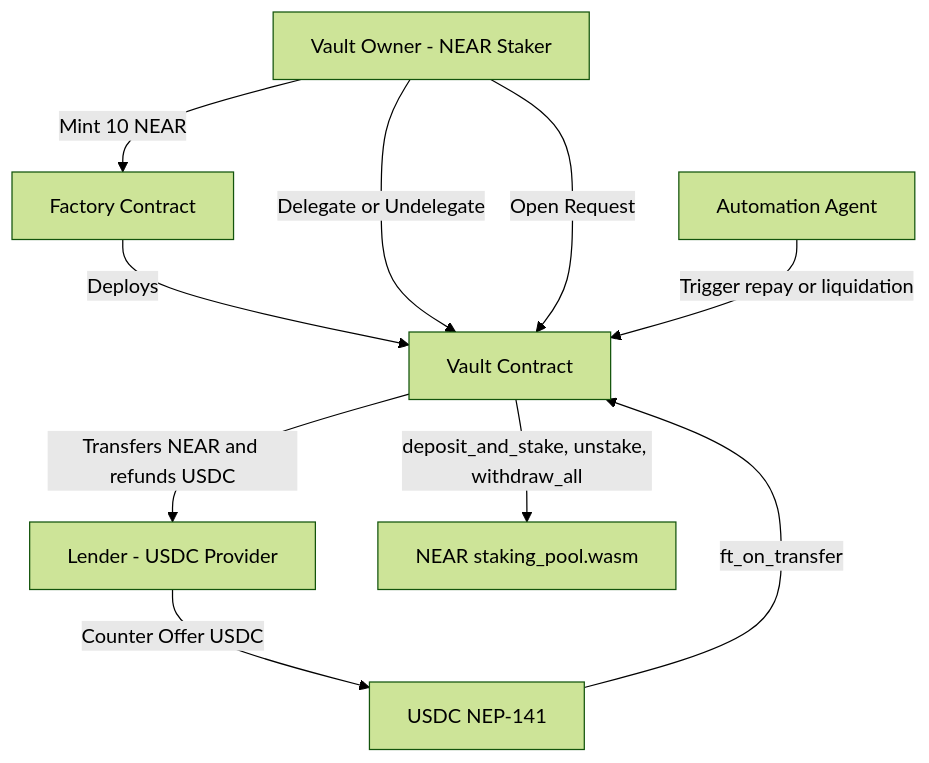
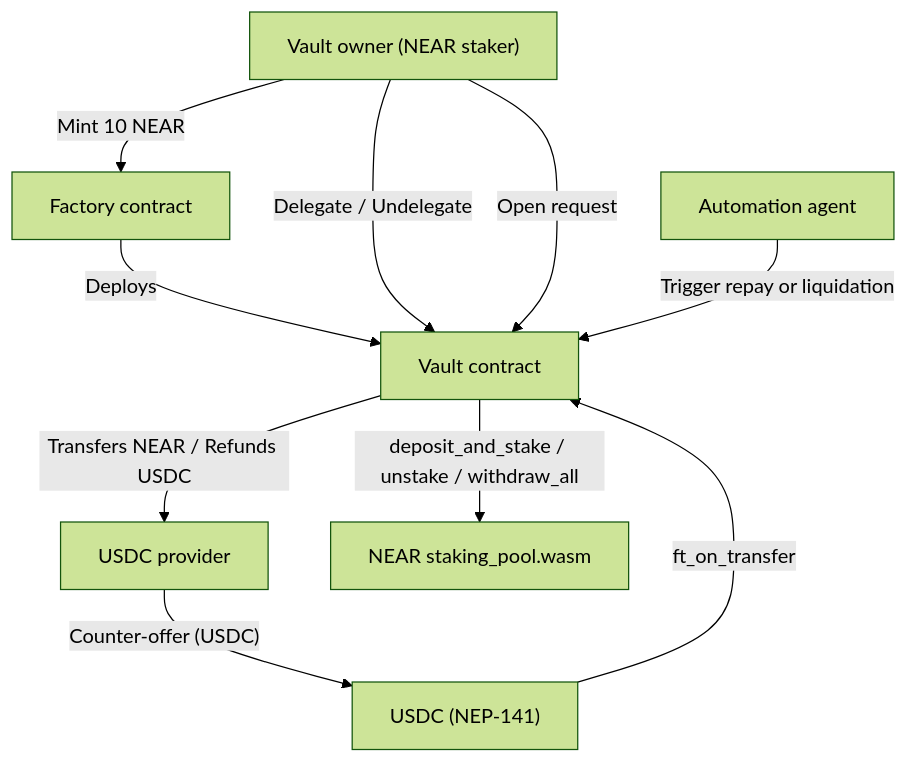
The sixth of 6 diagrams in PERSONAS_AND_FLOWS.md (sudostake/resources), drawn with Mermaid (forest theme) before and after one commit. The commit also changed other lines of this file, not shown here.

First line of the commit message:
Revise and expand personas and flows documentation

````diff
--- a/PERSONAS_AND_FLOWS.md
+++ b/PERSONAS_AND_FLOWS.md
@@ -186,20 +248,20 @@
 ```mermaid
 graph TD
-    UserOwner[Vault Owner - NEAR Staker]
-    UserLender[Lender - USDC Provider]
-    Agent[Automation Agent]
-    Factory[Factory Contract]
-    Vault[Vault Contract]
-    SP[NEAR staking_pool.wasm]
-    Token[USDC NEP-141]
+    Owner["Vault owner (NEAR staker)"]
+    Lender["USDC provider"]
+    Agent["Automation agent"]
+    Factory["Factory contract"]
+    Vault["Vault contract"]
+    SP["NEAR staking_pool.wasm"]
+    Token["USDC (NEP-141)"]
 
-    UserOwner -->|Mint 10 NEAR| Factory
-    Factory -->|Deploys| Vault
-    UserOwner -->|Delegate or Undelegate| Vault
-    Vault -->|deposit_and_stake, unstake, withdraw_all| SP
-    UserOwner -->|Open Request| Vault
-    UserLender -->|Counter Offer USDC| Token
-    Token -->|ft_on_transfer| Vault
-    Agent -->|Trigger repay or liquidation| Vault
-    Vault -->|Transfers NEAR and refunds USDC| UserLender
+    Owner -- Mint 10 NEAR --> Factory
+    Factory -- Deploys --> Vault
+    Owner -- Delegate / Undelegate --> Vault
+    Vault -- deposit_and_stake / unstake / withdraw_all --> SP
+    Owner -- Open request --> Vault
+    Lender -- Counter-offer (USDC) --> Token
+    Token -- ft_on_transfer --> Vault
+    Agent -- Trigger repay or liquidation --> Vault
+    Vault -- Transfers NEAR / Refunds USDC --> Lender
 ```
````
